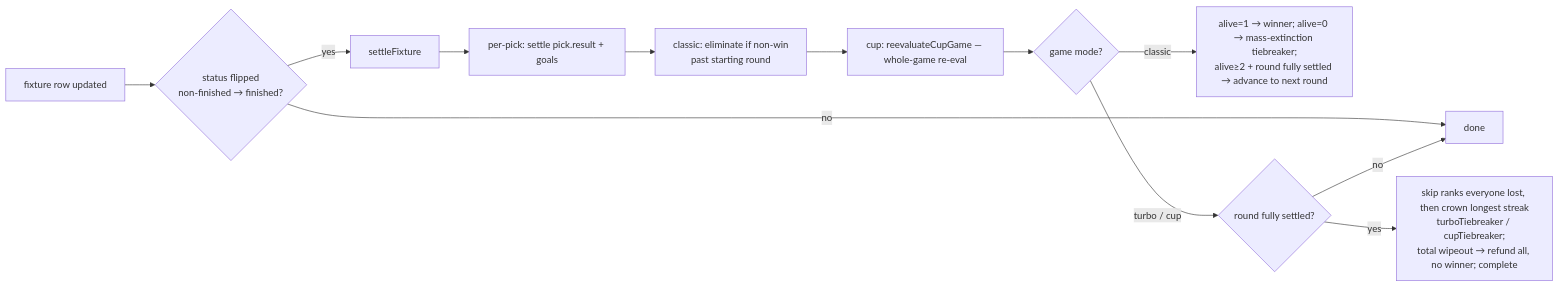
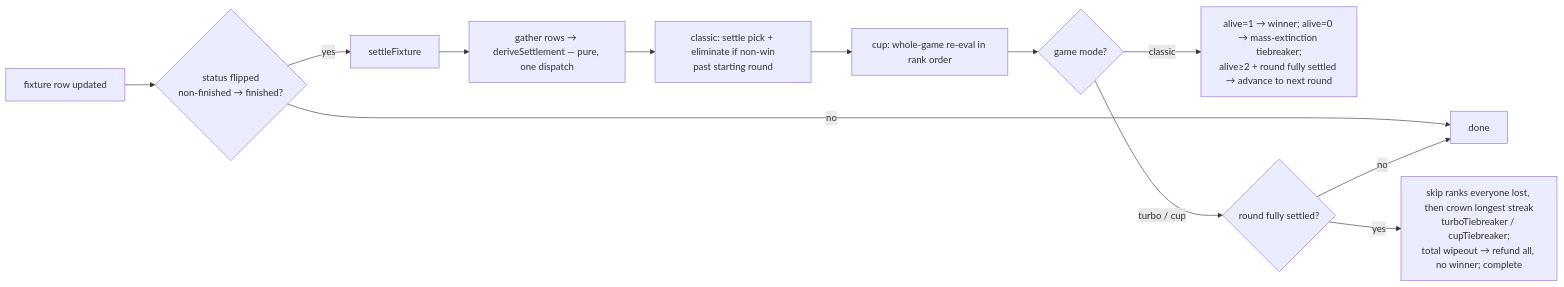
One commit to lennons301/last-person-standing changed the first of 4 diagrams in docs/game-modes/README.md. Above: the diagram before and after it, drawn with Mermaid. The commit also changed other lines of this file and 23 other files, not shown here.

First line of the commit message:
Settlement: one mode dispatch + a transaction seam (deriveSettlement/applyPlan) (#262)

````diff
--- a/docs/game-modes/README.md
+++ b/docs/game-modes/README.md
@@ -27,14 +27,14 @@
 ```mermaid
 flowchart LR
     A[fixture row updated] --> B{status flipped<br/>non-finished → finished?}
     B -->|no| Z[done]
     B -->|yes| C[settleFixture]
-    C --> D[per-pick: settle pick.result + goals]
-    D --> E[classic: eliminate if non-win<br/>past starting round]
-    E --> F[cup: reevaluateCupGame — whole-game re-eval]
+    C --> D[gather rows → deriveSettlement — pure, one dispatch]
+    D --> E[classic: settle pick + eliminate if non-win<br/>past starting round]
+    E --> F[cup: whole-game re-eval in rank order]
     F --> G{game mode?}
     G -->|classic| Gc[alive=1 → winner; alive=0 → mass-extinction tiebreaker;<br/>alive≥2 + round fully settled → advance to next round]
     G -->|turbo / cup| J{round fully settled?}
     J -->|yes| K[skip ranks everyone lost, then crown longest streak<br/>turboTiebreaker / cupTiebreaker;<br/>total wipeout → refund all, no winner; complete]
     J -->|no| Z
 ```
````
